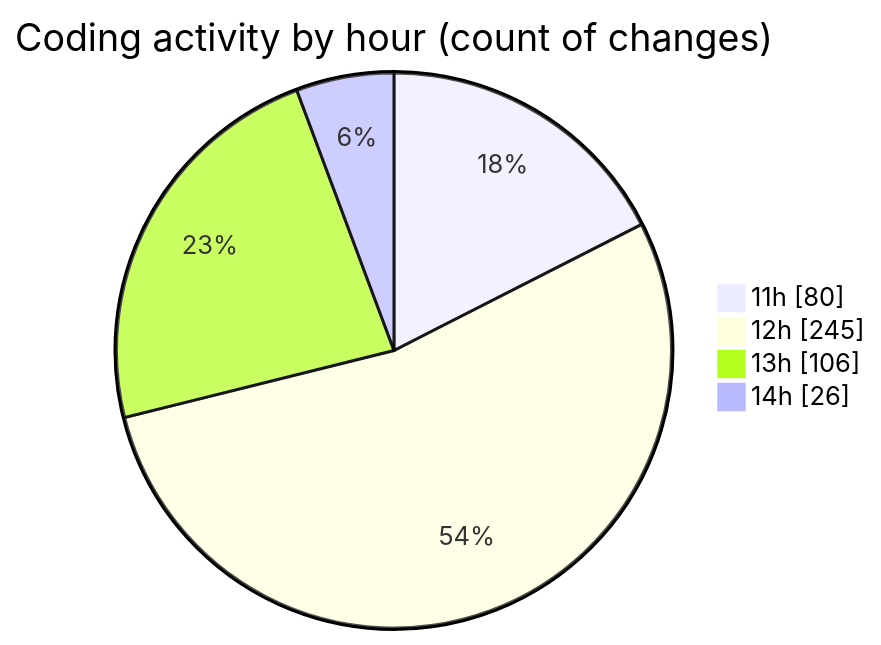
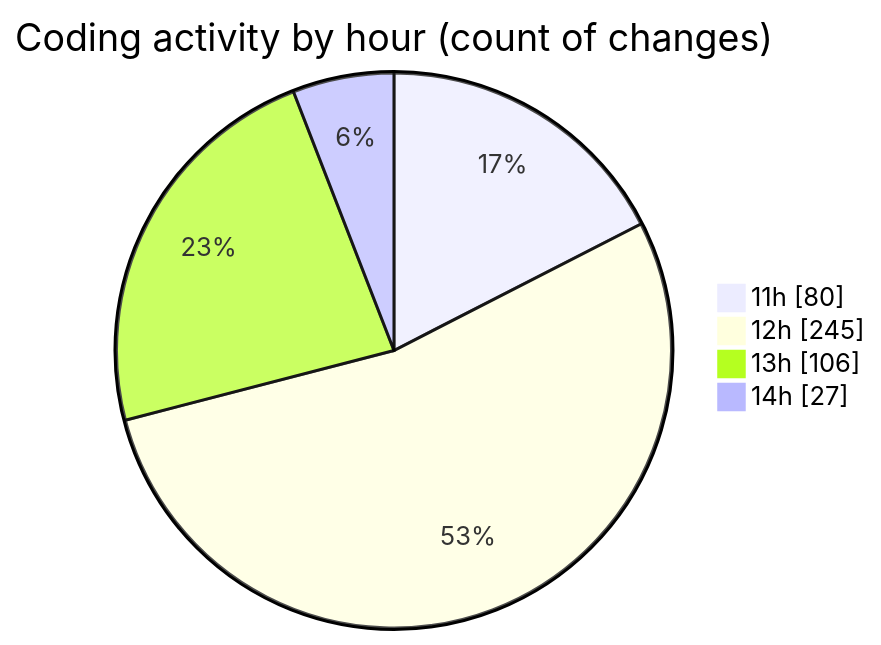
One commit to nxtqubesakshisongat/code-tracking changed the second of 2 diagrams in 2025-04-19/nxtqube_webapp/README.md. Above: the diagram before and after it, drawn with Mermaid. The commit also changed other lines of this file and 1 other file, not shown here.

````diff
--- a/2025-04-19/nxtqube_webapp/README.md
+++ b/2025-04-19/nxtqube_webapp/README.md
@@ -52,8 +53,8 @@
 ```mermaid
 pie showData
 title Coding activity by hour (count of changes)
 "11h" : 80
 "12h" : 245
 "13h" : 106
-"14h" : 26
+"14h" : 27
 ```
````
